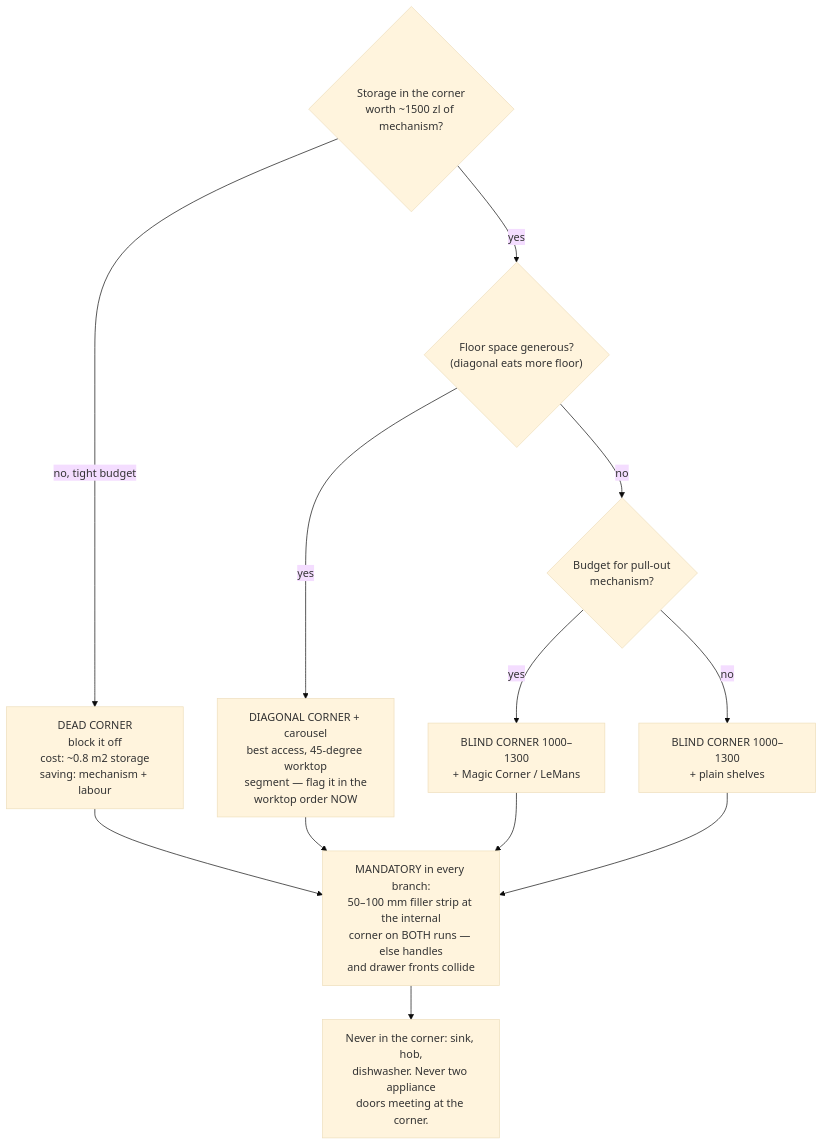
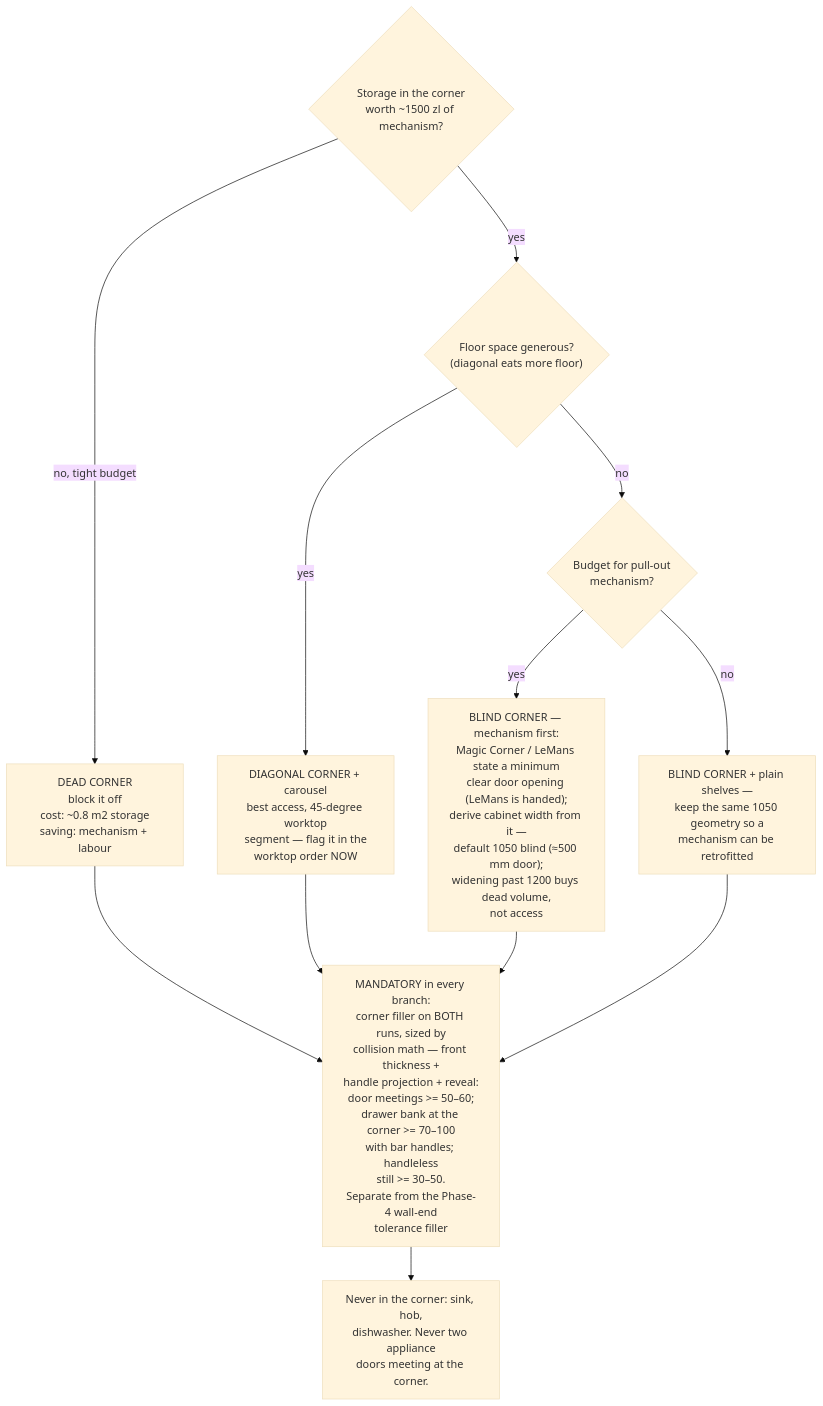
Before and after one commit to m1981/kuchnie: the third of 5 diagrams in docs/l-kitchen-design-playbook.md, drawn with Mermaid (base theme). The commit also changed other lines of this file and 2 other files, not shown here.

````diff
--- a/docs/l-kitchen-design-playbook.md
+++ b/docs/l-kitchen-design-playbook.md
@@ -103,20 +101,20 @@
 ```mermaid
 flowchart TD
     C{"Storage in the corner<br/>worth ~1500 zl of mechanism?"}
     C -->|no, tight budget| DEAD["DEAD CORNER<br/>block it off<br/>cost: ~0.8 m2 storage<br/>saving: mechanism + labour"]
     C -->|yes| T{"Floor space generous?<br/>(diagonal eats more floor)"}
 
     T -->|yes| DIAG["DIAGONAL CORNER + carousel<br/>best access, 45-degree worktop<br/>segment — flag it in the<br/>worktop order NOW"]
     T -->|no| B{"Budget for pull-out<br/>mechanism?"}
 
-    B -->|yes| BLIND1["BLIND CORNER 1000–1300<br/>+ Magic Corner / LeMans"]
-    B -->|no| BLIND2["BLIND CORNER 1000–1300<br/>+ plain shelves"]
+    B -->|yes| BLIND1["BLIND CORNER — mechanism first:<br/>Magic Corner / LeMans state a minimum<br/>clear door opening (LeMans is handed);<br/>derive cabinet width from it —<br/>default 1050 blind (≈500 mm door);<br/>widening past 1200 buys dead volume,<br/>not access"]
+    B -->|no| BLIND2["BLIND CORNER + plain shelves —<br/>keep the same 1050 geometry so a<br/>mechanism can be retrofitted"]
 
     DEAD --> FILL
     DIAG --> FILL
     BLIND1 --> FILL
     BLIND2 --> FILL
 
-    FILL["MANDATORY in every branch:<br/>50–100 mm filler strip at the internal<br/>corner on BOTH runs — else handles<br/>and drawer fronts collide"]
+    FILL["MANDATORY in every branch:<br/>corner filler on BOTH runs, sized by<br/>collision math — front thickness +<br/>handle projection + reveal:<br/>door meetings >= 50–60;<br/>drawer bank at the corner >= 70–100<br/>with bar handles; handleless<br/>still >= 30–50.<br/>Separate from the Phase-4 wall-end<br/>tolerance filler"]
     FILL --> X["Never in the corner: sink, hob,<br/>dishwasher. Never two appliance<br/>doors meeting at the corner."]
 ```
````
